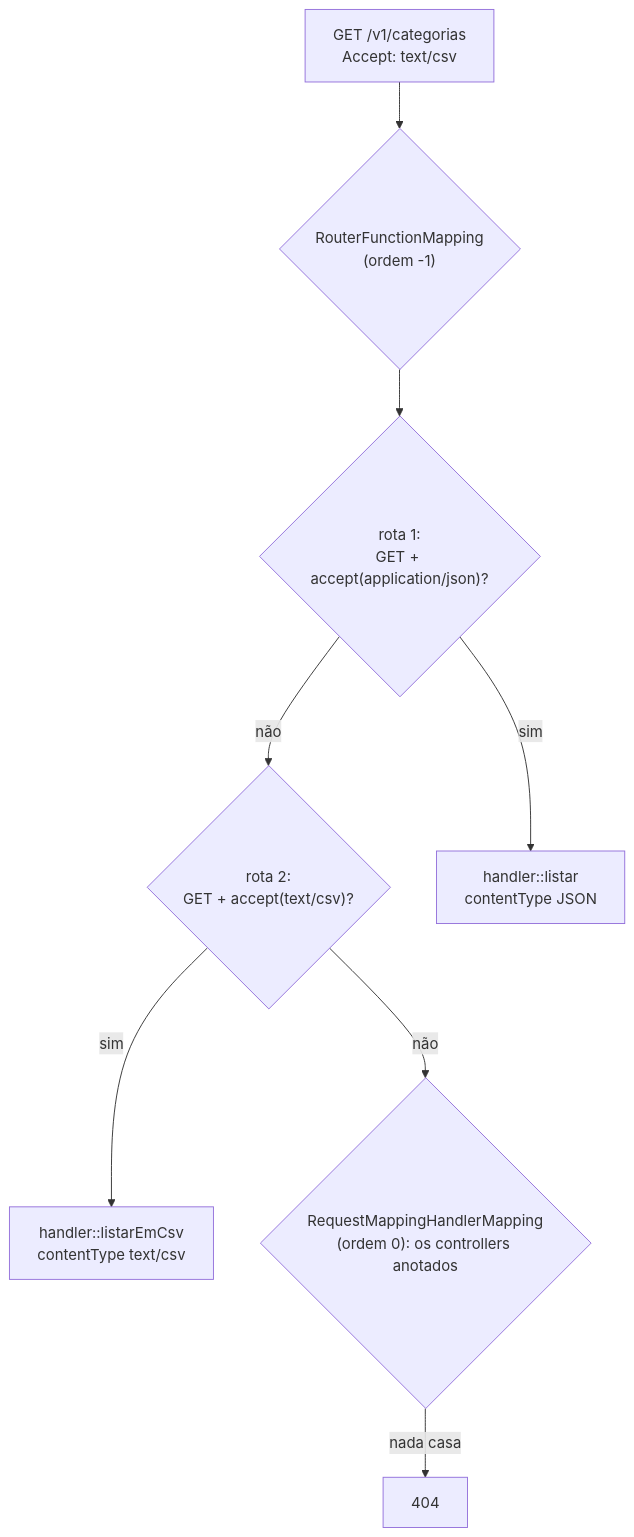
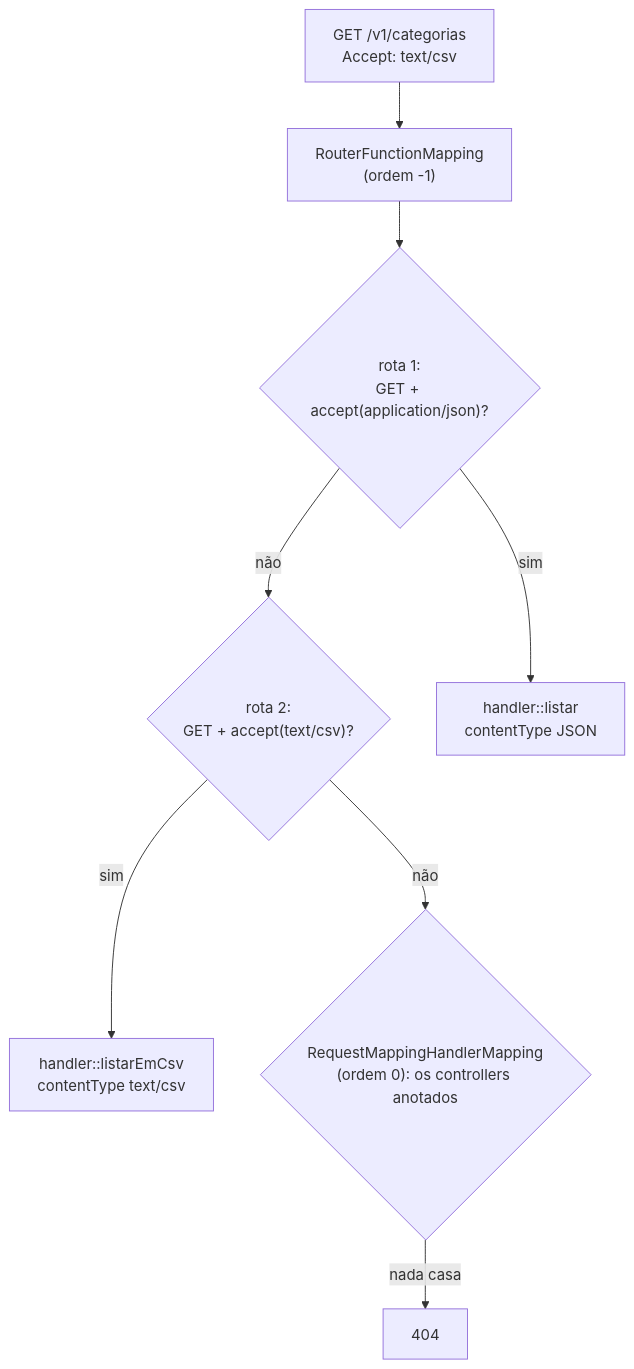
The diagram in src/content/03-construindo-apis-com-spring-boot/09-05-functional-endpoints-routerfunction.mdx (thiagodd/api-rest), drawn with Mermaid before and after one commit. The commit also changed other lines of this file and 16 other files, not shown here.

````diff
--- a/src/content/03-construindo-apis-com-spring-boot/09-05-functional-endpoints-routerfunction.mdx
+++ b/src/content/03-construindo-apis-com-spring-boot/09-05-functional-endpoints-routerfunction.mdx
@@ -131,10 +131,10 @@
 ```mermaid title="Escolha de uma rota funcional"
 flowchart TD
-    R["GET /v1/categorias<br/>Accept: text/csv"] --> M1{"RouterFunctionMapping<br/>(ordem -1)"}
+    R["GET /v1/categorias<br/>Accept: text/csv"] --> M1["RouterFunctionMapping<br/>(ordem -1)"]
     M1 --> P1{"rota 1:<br/>GET + accept(application/json)?"}
     P1 -- não --> P2{"rota 2:<br/>GET + accept(text/csv)?"}
     P1 -- sim --> H1["handler::listar<br/>contentType JSON"]
     P2 -- sim --> H2["handler::listarEmCsv<br/>contentType text/csv"]
     P2 -- não --> M2{"RequestMappingHandlerMapping<br/>(ordem 0): os controllers anotados"}
     M2 -- nada casa --> N["404"]
 ```
````
